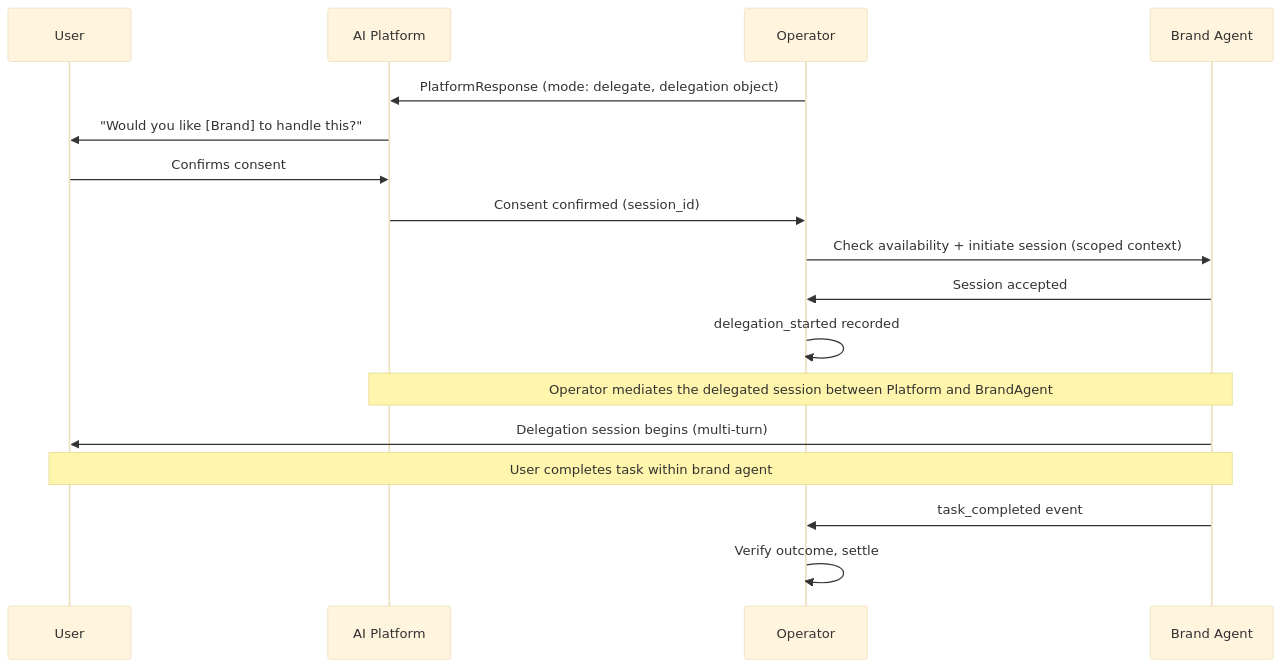
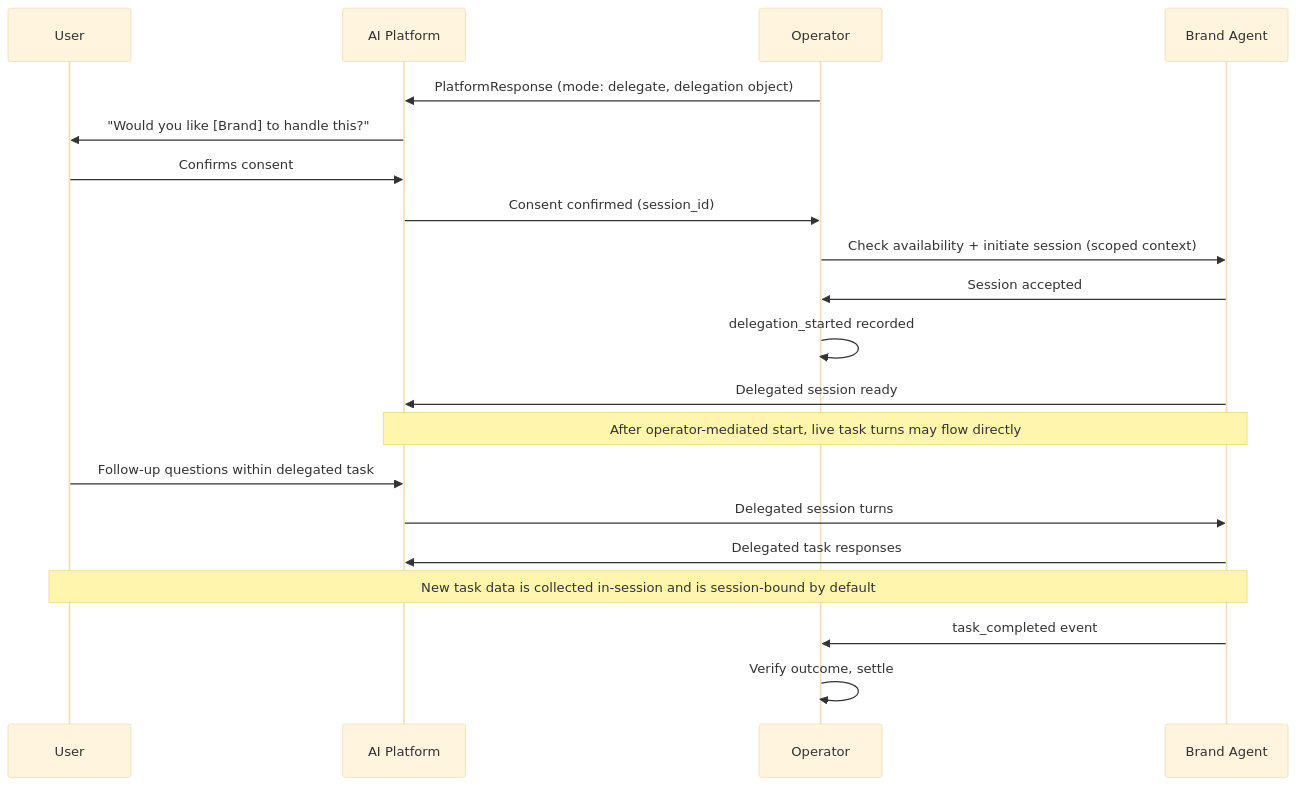
Before and after one commit to GouniManikumar12/mintlify-docs: the diagram in delegation.mdx, drawn with Mermaid (base theme). The commit also changed other lines of this file and 11 other files, not shown here.

````diff
--- a/delegation.mdx
+++ b/delegation.mdx
@@ -86,20 +129,23 @@
 ```mermaid
 sequenceDiagram
   participant User
   participant Platform as AI Platform
   participant Operator
   participant BrandAgent as Brand Agent
 
   Operator->>Platform: PlatformResponse (mode: delegate, delegation object)
   Platform->>User: "Would you like [Brand] to handle this?"
   User->>Platform: Confirms consent
   Platform->>Operator: Consent confirmed (session_id)
   Operator->>BrandAgent: Check availability + initiate session (scoped context)
   BrandAgent->>Operator: Session accepted
   Operator->>Operator: delegation_started recorded
-  Note over Platform,BrandAgent: Operator mediates the delegated session between Platform and BrandAgent
-  BrandAgent->>User: Delegation session begins (multi-turn)
-  Note over User,BrandAgent: User completes task within brand agent
+  BrandAgent->>Platform: Delegated session ready
+  Note over Platform,BrandAgent: After operator-mediated start, live task turns may flow directly
+  User->>Platform: Follow-up questions within delegated task
+  Platform->>BrandAgent: Delegated session turns
+  BrandAgent->>Platform: Delegated task responses
+  Note over User,BrandAgent: New task data is collected in-session and is session-bound by default
   BrandAgent->>Operator: task_completed event
   Operator->>Operator: Verify outcome, settle
 ```
````
